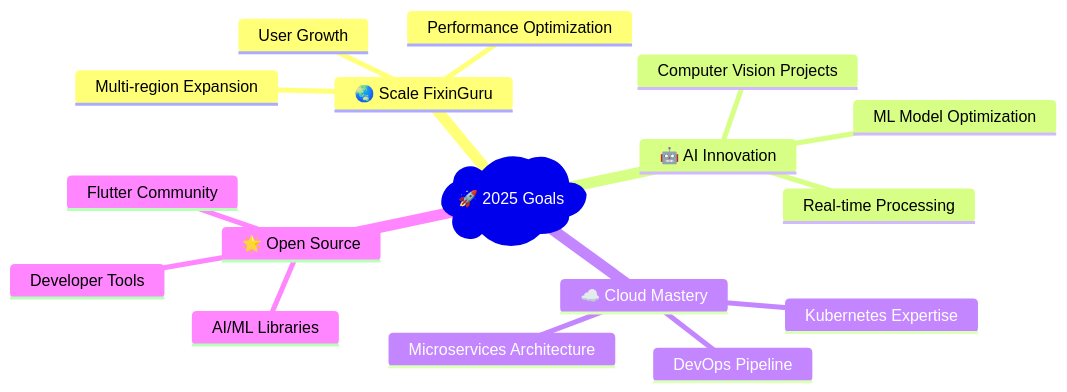
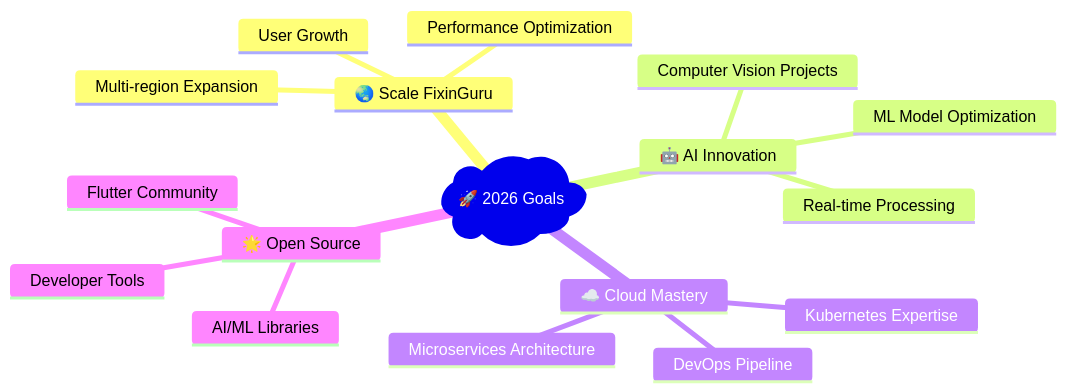
Before and after one commit to ArjunJr05/ArjunJr05: the diagram in README.md, drawn with Mermaid.

Commit message:
Update roadmap year from 2025 to 2026

````diff
--- a/README.md
+++ b/README.md
@@ -237,20 +237,20 @@
 ```mermaid
 mindmap
-  root)🚀 2025 Goals(
+  root)🚀 2026 Goals(
     🌏 Scale FixinGuru
       Multi-region Expansion
       Performance Optimization
       User Growth
     🤖 AI Innovation
       Computer Vision Projects
       ML Model Optimization
       Real-time Processing
     ☁️ Cloud Mastery
       Kubernetes Expertise
       Microservices Architecture
       DevOps Pipeline
     🌟 Open Source
       Flutter Community
       AI/ML Libraries
       Developer Tools
 ```
````
